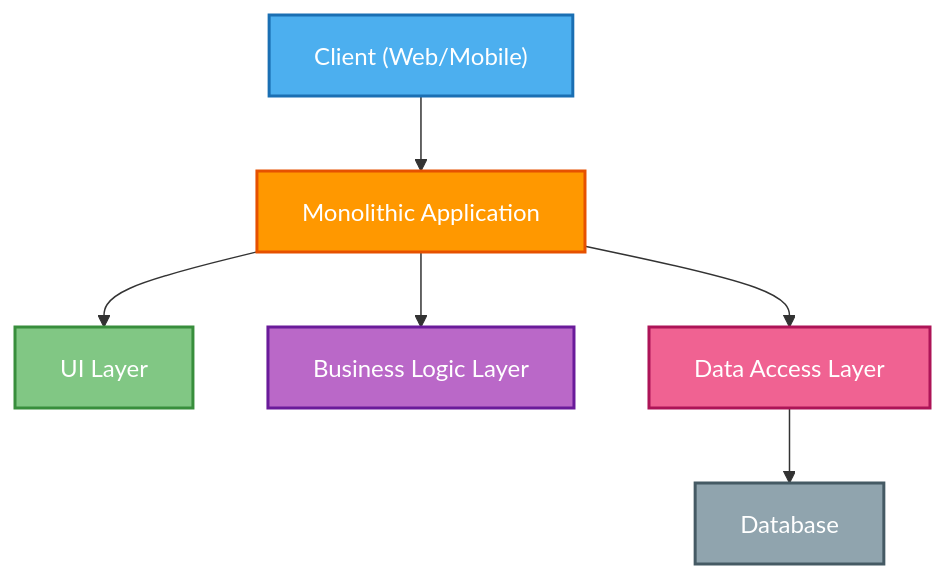
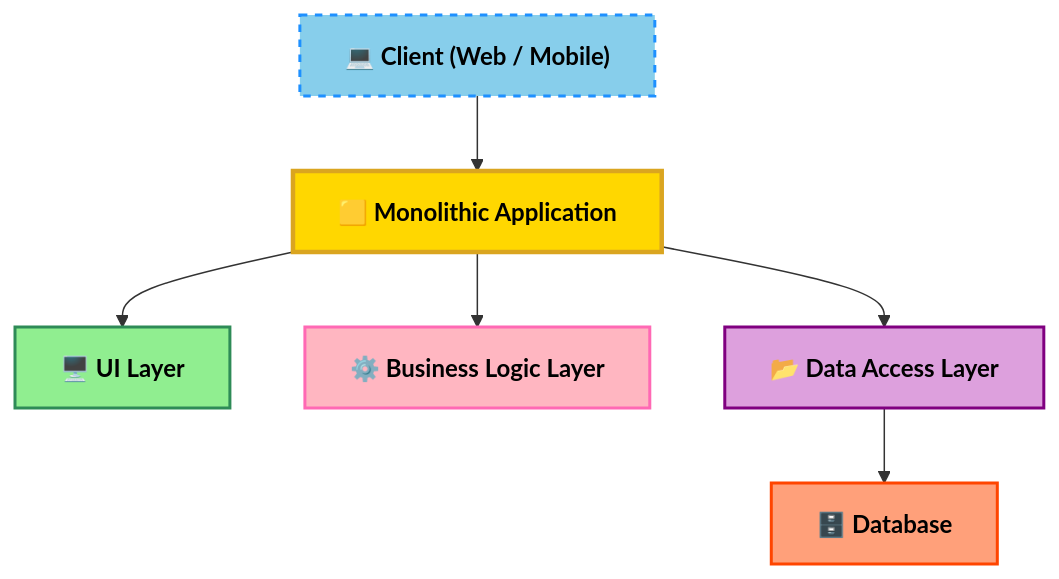
One commit to thanhmati/einvoice-backend changed the first of 4 diagrams in lessons/microservice.md. Above: the diagram before and after it, drawn with Mermaid. The commit also changed other lines of this file, not shown here.

````diff
--- a/lessons/microservice.md
+++ b/lessons/microservice.md
@@ -47,19 +47,19 @@
 ```mermaid
 flowchart TD
-    A["Client (Web/Mobile)"] --> B["Monolithic Application"]
-    B --> C["UI Layer"]
-    B --> D["Business Logic Layer"]
-    B --> E["Data Access Layer"]
-    E --> F["Database"]
+    %% Nodes
+    A["💻 Client (Web / Mobile)"]:::client --> B["🟨 Monolithic Application"]:::monolith
+    B --> C["🖥️ UI Layer"]:::ui
+    B --> D["⚙️ Business Logic Layer"]:::business
+    B --> E["📂 Data Access Layer"]:::data
+    E --> F["🗄️ Database"]:::database
 
-    %% Style
-    style A fill:#4cafef,stroke:#1a6fb3,stroke-width:2px,color:#fff
-    style B fill:#ff9800,stroke:#e65100,stroke-width:2px,color:#fff
-    style C fill:#81c784,stroke:#388e3c,stroke-width:2px,color:#fff
-    style D fill:#ba68c8,stroke:#6a1b9a,stroke-width:2px,color:#fff
-    style E fill:#f06292,stroke:#ad1457,stroke-width:2px,color:#fff
-    style F fill:#90a4ae,stroke:#455a64,stroke-width:2px,color:#fff
-
+    %% Styles
+    classDef client fill:#87CEEB,stroke:#1E90FF,stroke-width:2px,color:#000,font-weight:bold,stroke-dasharray: 5 5
+    classDef monolith fill:#FFD700,stroke:#DAA520,stroke-width:3px,color:#000,font-weight:bold
+    classDef ui fill:#90EE90,stroke:#2E8B57,stroke-width:2px,color:#000,font-weight:bold
+    classDef business fill:#FFB6C1,stroke:#FF69B4,stroke-width:2px,color:#000,font-weight:bold
+    classDef data fill:#DDA0DD,stroke:#800080,stroke-width:2px,color:#000,font-weight:bold
+    classDef database fill:#FFA07A,stroke:#FF4500,stroke-width:2px,color:#000,font-weight:bold
 
 
 ```
````
